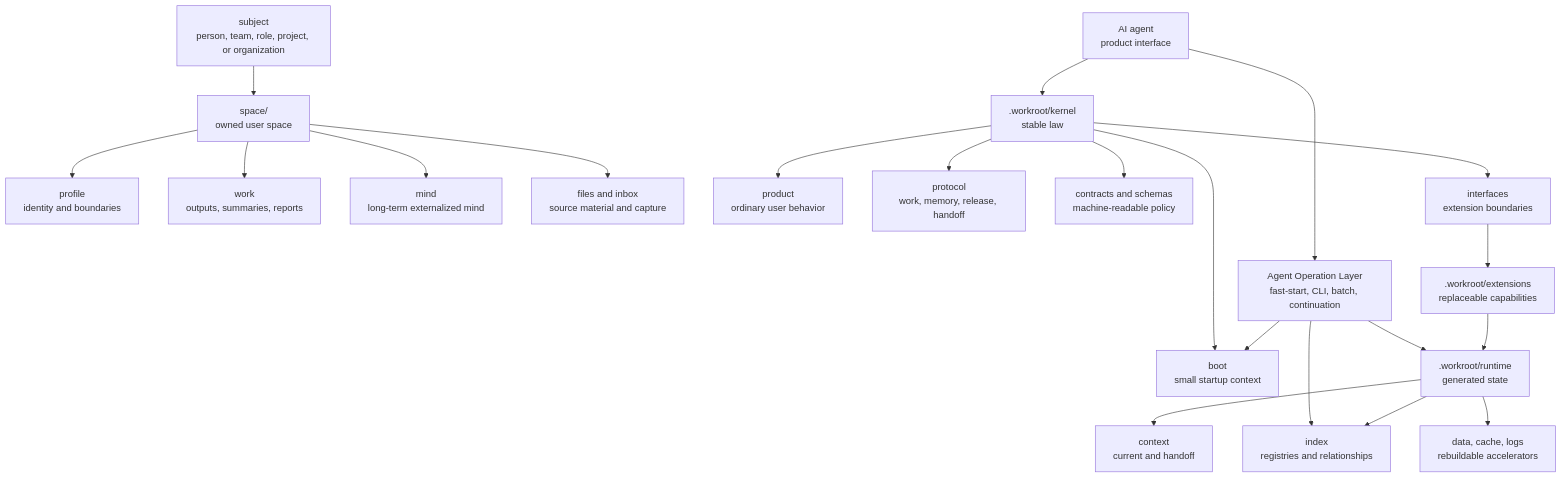
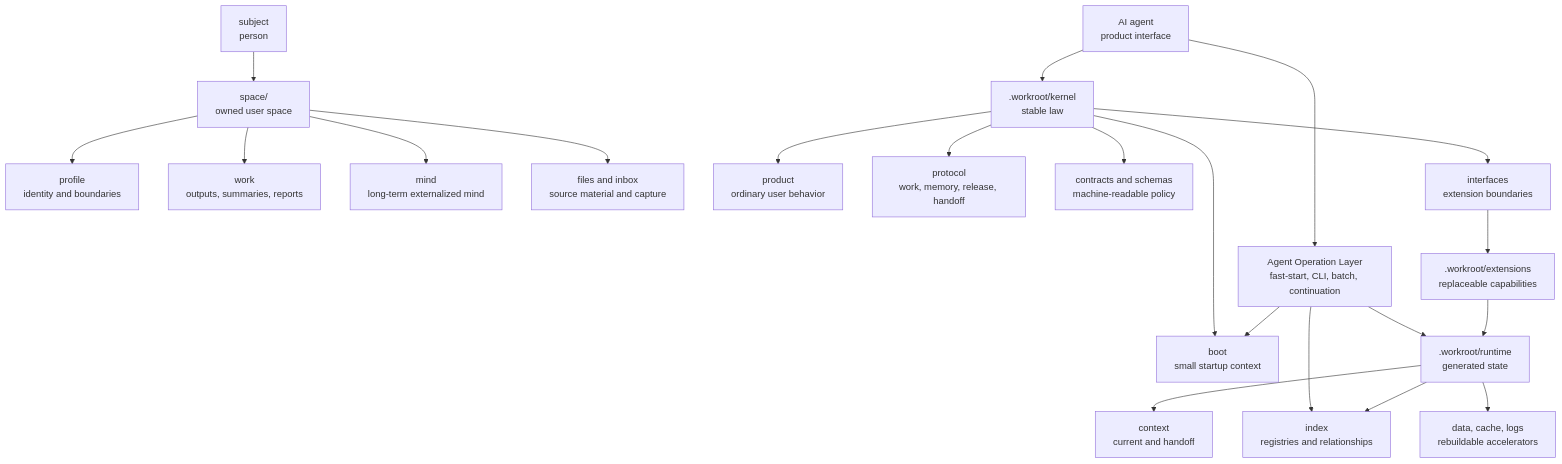
Before and after one commit to ai-workroot/ai-workroot: the second of 5 diagrams in docs/architecture-map.md, drawn with Mermaid. The commit also changed other lines of this file and 30 other files, not shown here.

````diff
--- a/docs/architecture-map.md
+++ b/docs/architecture-map.md
@@ -30,25 +30,25 @@
 ```mermaid
 flowchart TB
-  Human[subject<br/>person, team, role, project, or organization] --> Space[space/<br/>owned user space]
+  Human[subject<br/>person] --> Space[space/<br/>owned user space]
   Space --> Profile[profile<br/>identity and boundaries]
   Space --> VisibleWork[work<br/>outputs, summaries, reports]
   Space --> Mind[mind<br/>long-term externalized mind]
   Space --> Files[files and inbox<br/>source material and capture]
 
   Agent[AI agent<br/>product interface] --> Kernel[.workroot/kernel<br/>stable law]
   Agent --> Ops[Agent Operation Layer<br/>fast-start, CLI, batch, continuation]
   Kernel --> Boot[boot<br/>small startup context]
   Kernel --> Product[product<br/>ordinary user behavior]
   Kernel --> Protocol[protocol<br/>work, memory, release, handoff]
   Kernel --> Contracts[contracts and schemas<br/>machine-readable policy]
   Kernel --> Interfaces[interfaces<br/>extension boundaries]
 
   Ops --> Boot
   Ops --> Registries
   Ops --> Runtime
   Interfaces --> Extensions[.workroot/extensions<br/>replaceable capabilities]
   Extensions --> Runtime[.workroot/runtime<br/>generated state]
   Runtime --> Context[context<br/>current and handoff]
   Runtime --> Registries[index<br/>registries and relationships]
   Runtime --> Stores[data, cache, logs<br/>rebuildable accelerators]
 ```
````
